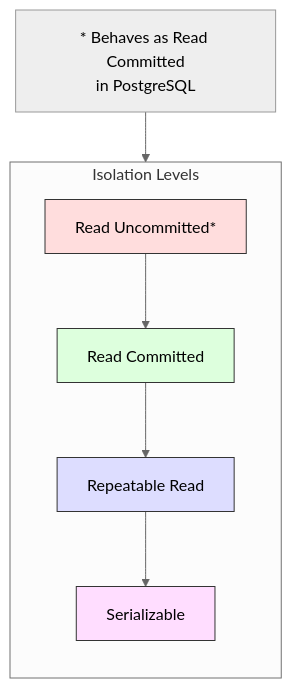
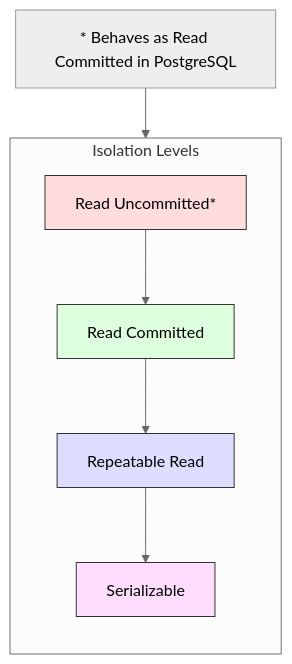
Before and after one commit to jonatas/postgresql-performance-for-rubyists: the third of 4 diagrams in examples/02_transactions/README.md, drawn with Mermaid (neutral theme). The commit also changed other lines of this file and 1 other file, not shown here.

````diff
--- a/examples/02_transactions/README.md
+++ b/examples/02_transactions/README.md
@@ -44,17 +44,17 @@
 ```mermaid
 graph TB
     subgraph "Isolation Levels"
         direction TB
         RL[Read Uncommitted*] --> RC[Read Committed]
         RC --> RR[Repeatable Read]
         RR --> S[Serializable]
         
         style RL fill:#fdd,stroke:#333
         style RC fill:#dfd,stroke:#333
         style RR fill:#ddf,stroke:#333
         style S fill:#fdf,stroke:#333
     end
 
-    note["* Behaves as Read Committed<br/>in PostgreSQL"]
+    note["* Behaves as Read Committed in PostgreSQL"]
     note --> RL
 ```
````
